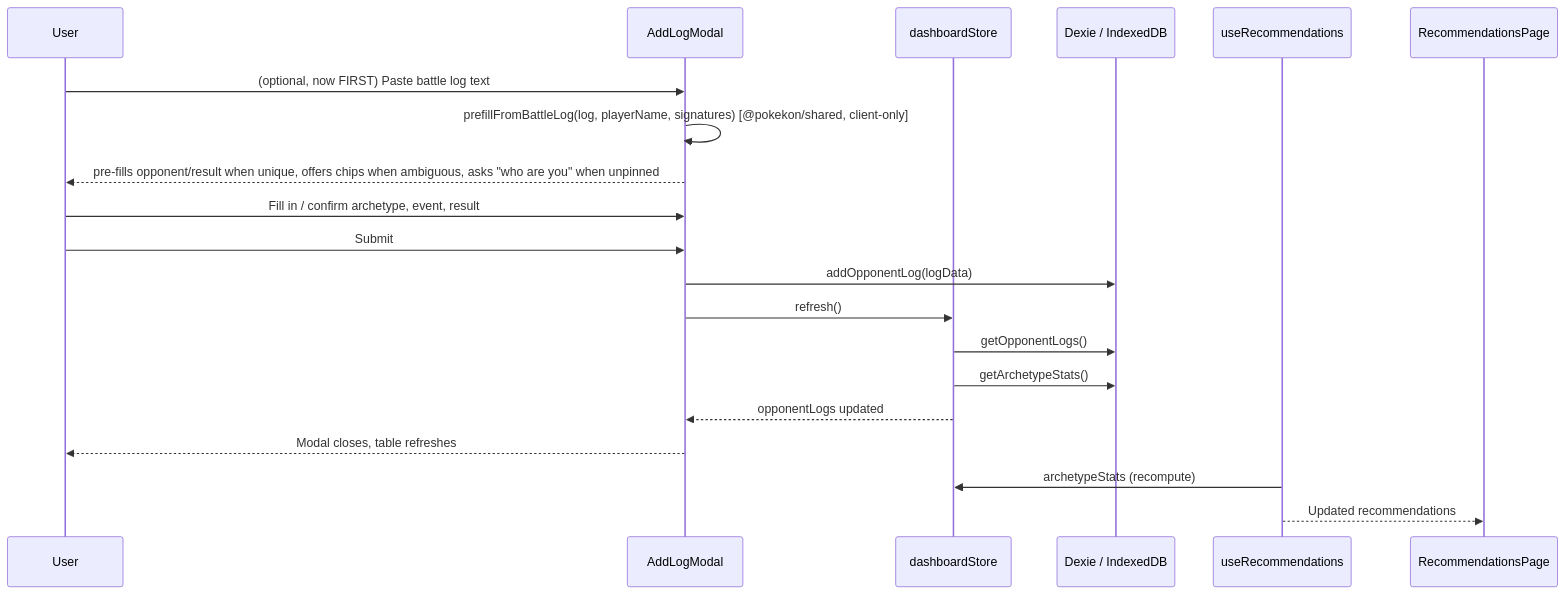
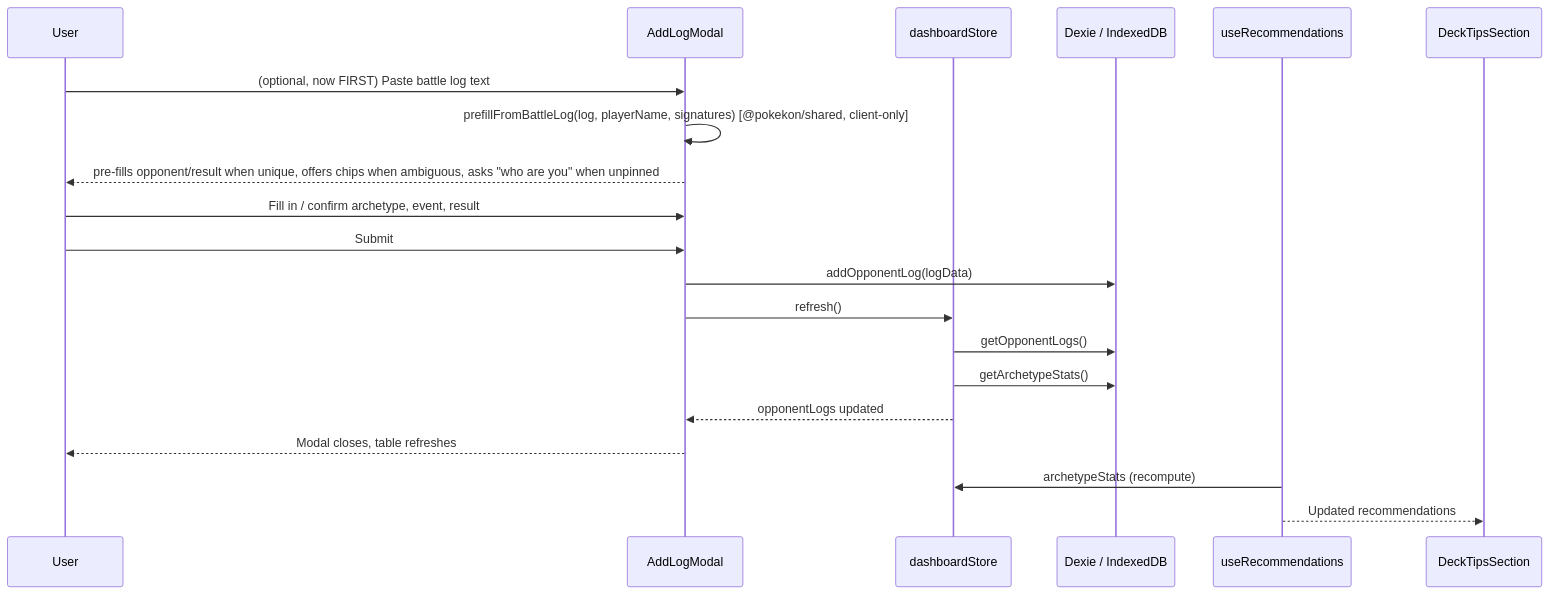
One commit to konradthiemann/Pokekon changed the second of 15 diagrams in docs/data-flow.md. Above: the diagram before and after it, drawn with Mermaid. The commit also changed other lines of this file and 29 other files, not shown here.

````diff
--- a/docs/data-flow.md
+++ b/docs/data-flow.md
@@ -44,22 +44,22 @@
 ```mermaid
 sequenceDiagram
     participant User
     participant AddLogModal
     participant Store as dashboardStore
     participant DB as Dexie / IndexedDB
     participant Hook as useRecommendations
 
     User->>AddLogModal: (optional, now FIRST) Paste battle log text
     AddLogModal->>AddLogModal: prefillFromBattleLog(log, playerName, signatures) [@pokekon/shared, client-only]
     AddLogModal-->>User: pre-fills opponent/result when unique, offers chips when ambiguous, asks "who are you" when unpinned
     User->>AddLogModal: Fill in / confirm archetype, event, result
     User->>AddLogModal: Submit
     AddLogModal->>DB: addOpponentLog(logData)
     AddLogModal->>Store: refresh()
     Store->>DB: getOpponentLogs()
     Store->>DB: getArchetypeStats()
     Store-->>AddLogModal: opponentLogs updated
     AddLogModal-->>User: Modal closes, table refreshes
     Hook->>Store: archetypeStats (recompute)
-    Hook-->>RecommendationsPage: Updated recommendations
+    Hook-->>DeckTipsSection: Updated recommendations
 ```
````
